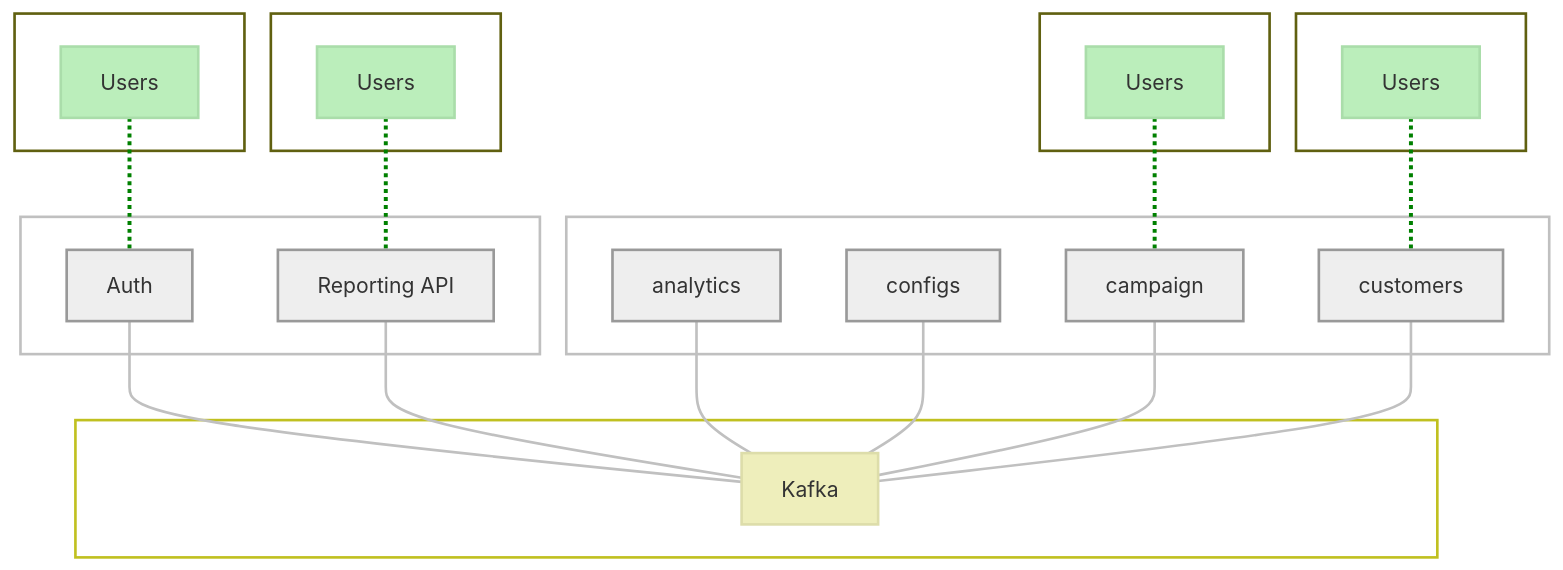
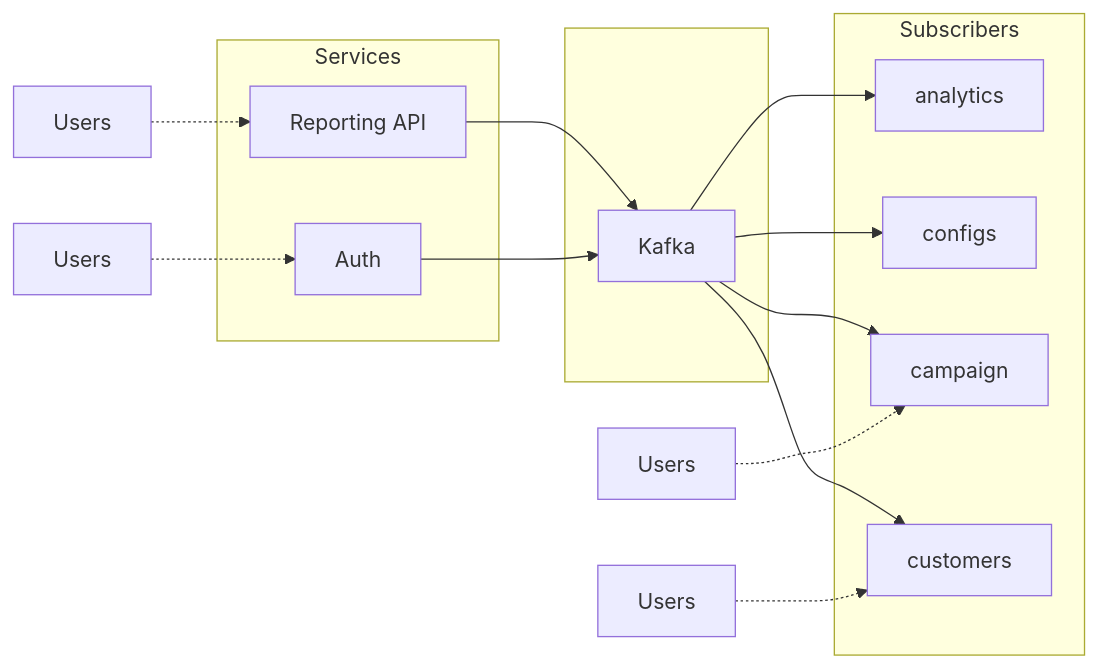
Before and after one commit to sdelrio/golden-forest: the third of 3 diagrams in docs/Develop-Code/Software-Architecture/microservices.md, drawn with Mermaid. The commit also changed other lines of this file and 19 other files, not shown here.

First line of the commit message:
feat(theme): add ink plate mermaid diagrams (#377)

````diff
--- a/docs/Develop-Code/Software-Architecture/microservices.md
+++ b/docs/Develop-Code/Software-Architecture/microservices.md
@@ -155,67 +132,35 @@
 ```mermaid
+    flowchart LR
 
-    flowchart TB
-
-        subgraph external-1 [" "]
-            users-1[Users]
-        end
-        subgraph external-2 [" "]
-            users-2[Users]
-        end
-        subgraph level-1 [" "]
+        subgraph level-1[Services]
             auth[Auth]
             report[Reporting API]
         end
-
-        users-1 --- auth
-        users-2 --- report
 
         subgraph queuesys[" "]
             queue[Kafka]
         end
 
-        auth --- queue
-        report --- queue
-
-        subgraph level-2 [" "]
+        subgraph level-2[Subscribers]
             analytics
             configs
             campaign
             customers
         end
 
-        analytics --- queue
-        configs --- queue
-        campaign --- queue
-        customers --- queue
+        users-1[Users] -.-> auth
+        users-2[Users] -.-> report
+        users-3[Users] -.-> customers
+        users-4[Users] -.-> campaign
 
-        subgraph external-3 [" "]
-            users-3[Users]
-        end
-        subgraph external-4 [" "]
-            users-4[Users]
-        end
+        auth --> queue
+        report --> queue
+        queue --> analytics
+        queue --> configs
+        queue --> campaign
+        queue --> customers
 
-        users-3 --- customers
-        users-4 --- campaign
-
-        linkStyle 0 stroke:green,stroke-width:3px,stroke-dasharray:3;
-        linkStyle 1 stroke:green,stroke-width:3px,stroke-dasharray:3;
-        linkStyle 8 stroke:green,stroke-width:3px,stroke-dasharray:3;
-        linkStyle 9 stroke:green,stroke-width:3px,stroke-dasharray:3;
-        linkStyle default stroke-width:2px,fill:none,stroke:#c0c0c0
-
-        classDef green fill:#beb,stroke:#ada,stroke-width:2px
-        classDef gray fill:#eee,stroke:#999,stroke-width:2px
-        classDef yellow fill:#eeb,stroke:#dda,stroke-width:2px
-        classDef section color:#808080,fill:none,stroke:#c0c0c0,stroke-width:2px
-        classDef queuesection color:#808020,fill:none,stroke:#c0c020,stroke-width:2px
-        classDef ext color:#808020,fill:none,stroke:#606010,stroke-width:2px
-
-        class users-1,users-2,users-3,users-4 green
-        class report,auth,analytics,configs,customers,tracking,campaign gray
-        class queue yellow
-        class level-1,level-2, section
-        class external-1,external-2,external-3,external-4 ext
-        class queuesys queuesection
+        class users-1,users-2,users-3,users-4 external
+        class queuesys plain
+        class queue highlight
 ```
````
